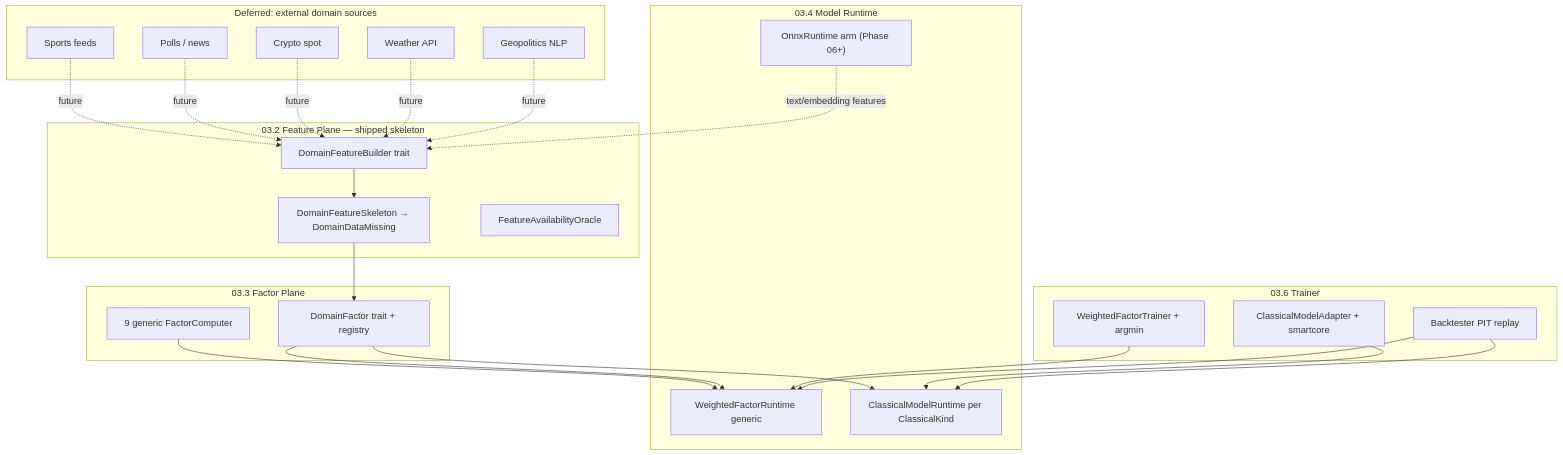
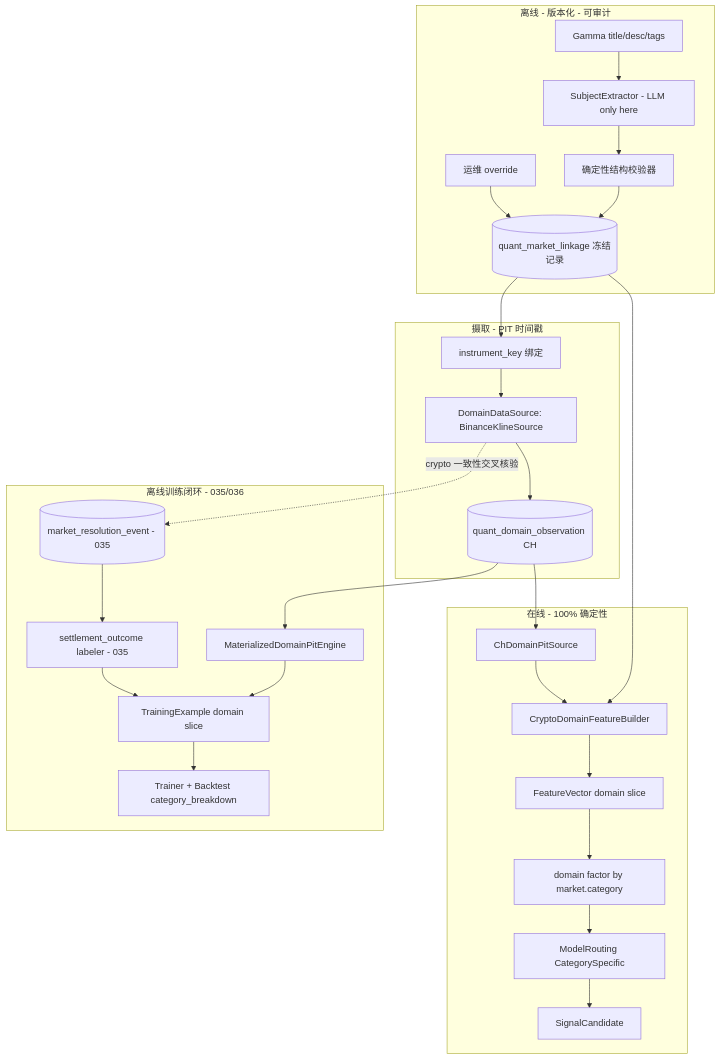
The diagram in docs/plans/quant-pivot/phase-03/03.x-vertical-domain-design.md (solomon-ssy/oxide-arb), drawn with Mermaid before and after one commit. The commit also changed other lines of this file and 86 other files, not shown here.

Commit message:
feat(core,research,repository,models,storage,xtask)!: 🕰️ land Phase 3.5 historical PIT & training dataset — CH PitQueryEngine, TrainingDatasetBuilder, leakage checks, and PG/Parquet artifact persistence

````diff
--- a/docs/plans/quant-pivot/phase-03/03.x-vertical-domain-design.md
+++ b/docs/plans/quant-pivot/phase-03/03.x-vertical-domain-design.md
@@ -30,45 +119,30 @@
 ```mermaid
 flowchart TB
-  subgraph ingest [Deferred: external domain sources]
-    EXT_S[Sports feeds]
-    EXT_P[Polls / news]
-    EXT_C[Crypto spot]
-    EXT_W[Weather API]
-    EXT_G[Geopolitics NLP]
+  subgraph offline [离线 - 版本化 - 可审计]
+    GAMMA[Gamma title/desc/tags] --> EXTRACT[SubjectExtractor - LLM only here]
+    EXTRACT --> VALID[确定性结构校验器]
+    VALID --> LINK[(quant_market_linkage 冻结记录)]
+    OVERRIDE[运维 override] --> LINK
   end
-
-  subgraph f32 [03.2 Feature Plane — shipped skeleton]
-    DF[DomainFeatureBuilder trait]
-    SK[DomainFeatureSkeleton → DomainDataMissing]
-    ORA[FeatureAvailabilityOracle]
+  subgraph ingest [摄取 - PIT 时间戳]
+    LINK --> BIND[instrument_key 绑定]
+    BIND --> SRC["DomainDataSource: BinanceKlineSource"]
+    SRC --> OBS[(quant_domain_observation CH)]
   end
-
-  subgraph f33 [03.3 Factor Plane]
-    DFF[DomainFactor trait + registry]
-    GEN[9 generic FactorComputer]
+  subgraph online [在线 - 100% 确定性]
+    LINK --> DFB[CryptoDomainFeatureBuilder]
+    OBS --> DPIT[ChDomainPitSource] --> DFB
+    DFB --> FV[FeatureVector domain slice]
+    FV --> DFAC["domain factor by market.category"]
+    DFAC --> ROUTE["ModelRouting CategorySpecific"]
+    ROUTE --> SIG[SignalCandidate]
   end
-
-  subgraph f34 [03.4 Model Runtime]
-    WR[WeightedFactorRuntime generic]
-    CR[ClassicalModelRuntime per ClassicalKind]
-    ORT_ARM["OnnxRuntime arm (Phase 06+)"]
+  subgraph offloop [离线训练闭环 - 035/036]
+    RES[(market_resolution_event - 035)] --> LBL[settlement_outcome labeler - 035]
+    OBS --> MDPIT[MaterializedDomainPitEngine]
+    MDPIT --> TEX[TrainingExample domain slice]
+    LBL --> TEX
+    TEX --> TRAIN[Trainer + Backtest category_breakdown]
+    SRC -.->|crypto 一致性交叉核验| RES
   end
-
-  subgraph f36 [03.6 Trainer]
-    WFT[WeightedFactorTrainer + argmin]
-    CMA[ClassicalModelAdapter + smartcore]
-    BT[Backtester PIT replay]
-  end
-
-  EXT_S & EXT_P & EXT_C & EXT_W & EXT_G -.->|future| DF
-  DF --> SK
-  SK --> DFF
-  GEN --> WR
-  DFF --> WR
-  DFF --> CR
-  WFT --> WR
-  CMA --> CR
-  BT --> WR
-  BT --> CR
-  ORT_ARM -.->|text/embedding features| DF
 ```
````
